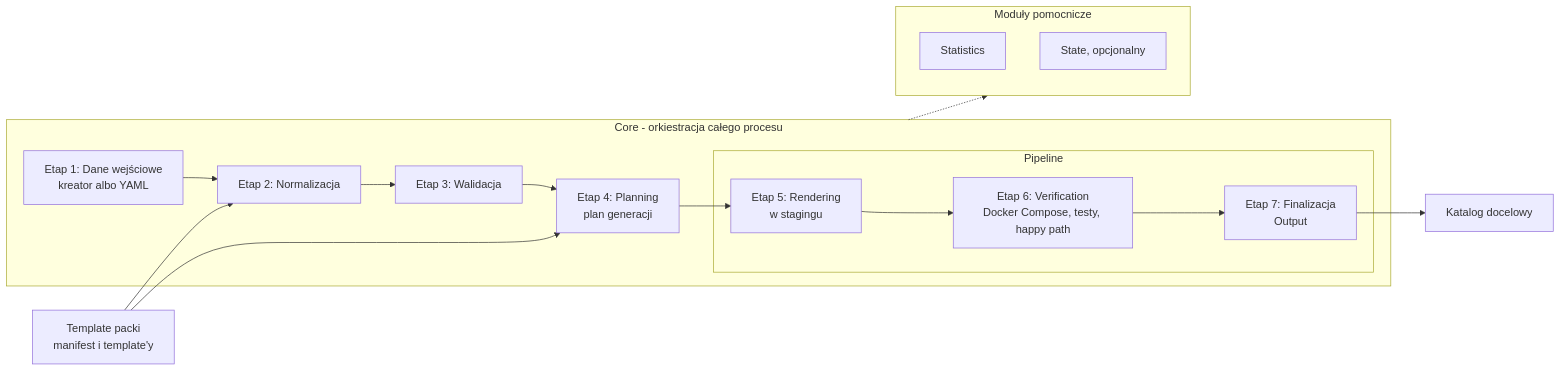
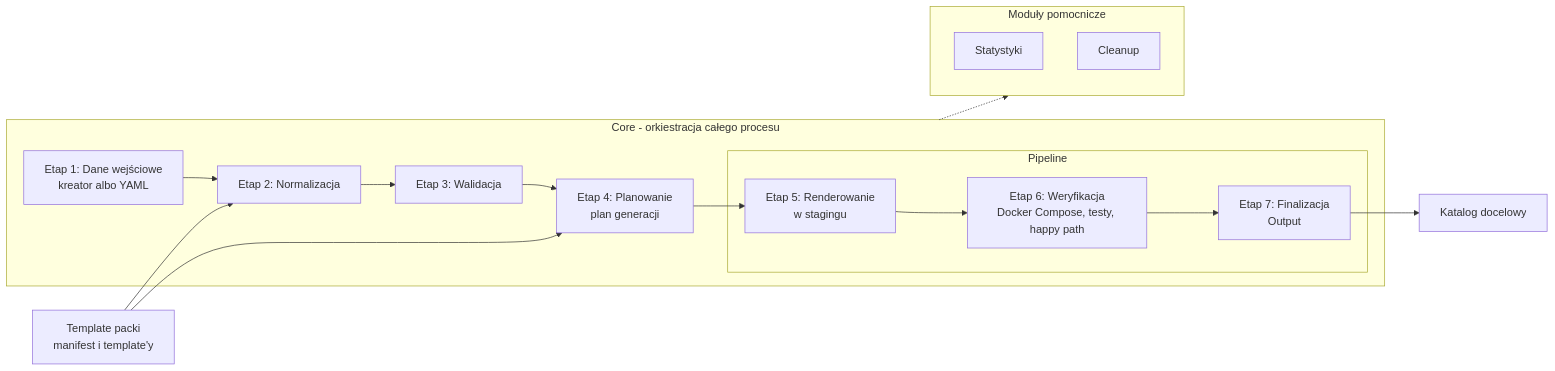
The second of 2 diagrams in presentations/DP.md (Mironiusz/webapp-generator), drawn with Mermaid before and after one commit. The commit also changed other lines of this file and 12 other files, not shown here.

Commit message:
Architecture and documentation review + consistency fixes

````diff
--- a/presentations/DP.md
+++ b/presentations/DP.md
@@ -217,21 +217,21 @@
 ```mermaid
 flowchart LR
     subgraph CORE["Core - orkiestracja całego procesu"]
         IN["Etap 1: Dane wejściowe<br/>kreator albo YAML"] --> NORM["Etap 2: Normalizacja"]
         NORM --> VAL["Etap 3: Walidacja"]
-        VAL --> PLAN["Etap 4: Planning<br/>plan generacji"]
+        VAL --> PLAN["Etap 4: Planowanie<br/>plan generacji"]
         PLAN --> REN
         subgraph PIPE["Pipeline"]
-            REN["Etap 5: Rendering<br/>w stagingu"] --> VER["Etap 6: Verification<br/>Docker Compose, testy, happy path"]
+            REN["Etap 5: Renderowanie<br/>w stagingu"] --> VER["Etap 6: Weryfikacja<br/>Docker Compose, testy, happy path"]
             VER --> FIN["Etap 7: Finalizacja<br/>Output"]
         end
     end
     TP["Template packi<br/>manifest i template'y"] --> NORM
     TP --> PLAN
     FIN --> DEST["Katalog docelowy"]
     subgraph AUX["Moduły pomocnicze"]
-        STATS["Statistics"]
-        STATE["State, opcjonalny"]
+        STATS["Statystyki"]
+        CLEANUP["Cleanup"]
     end
     CORE -.-> AUX
 ```
````
